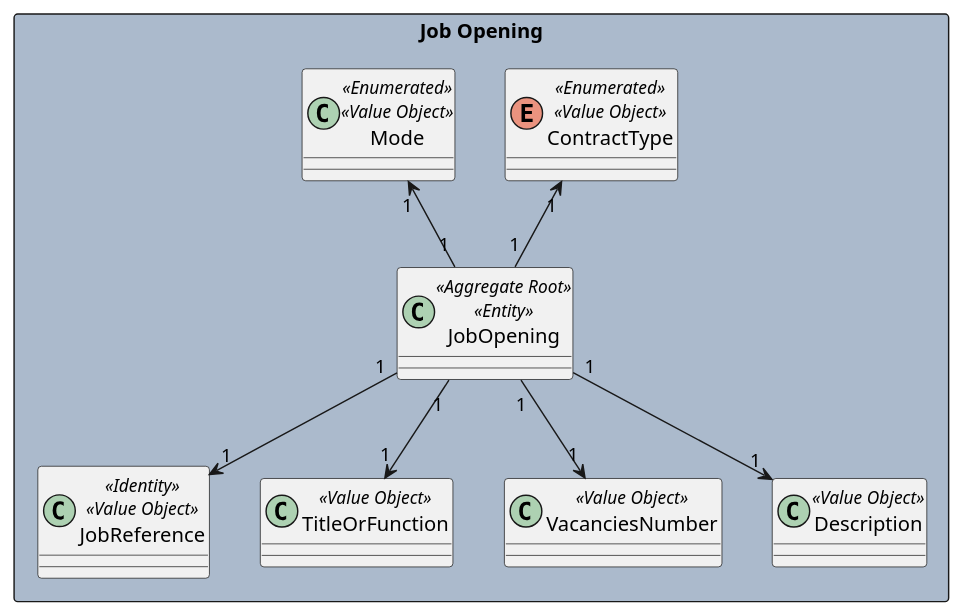
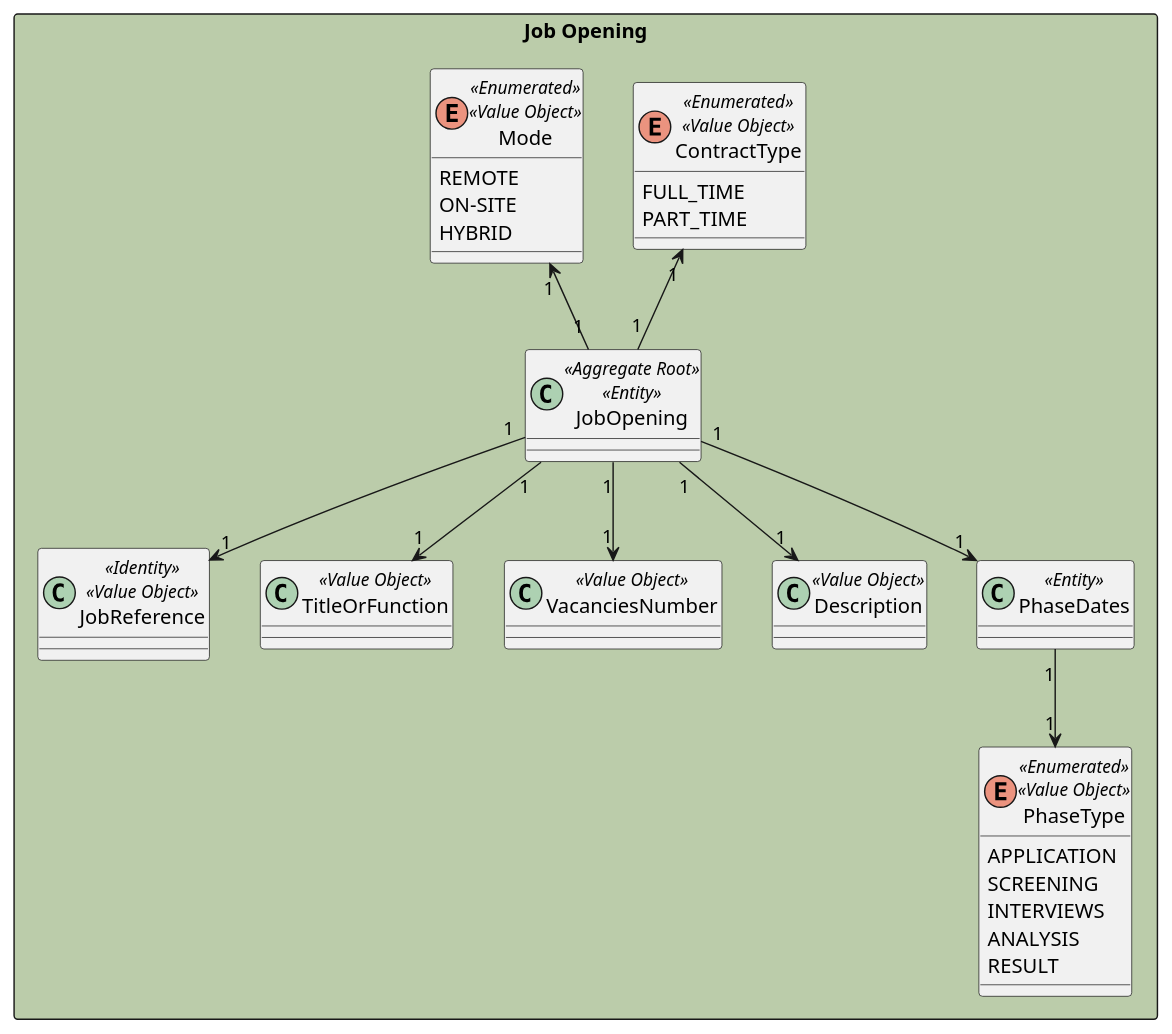
Before and after one commit to marcoferreira37/Lapr4: the diagram in docs/sprintB/1002/1002-domain-model.puml, drawn with PlantUML. The commit also changed 7 other files, not shown here.

```diff
--- a/docs/sprintB/1002/1002-domain-model.puml
+++ b/docs/sprintB/1002/1002-domain-model.puml
@@ -1,36 +1,53 @@
 @startuml
 ''skinparam monochrome true
 skinparam packageStyle rectangle
 skinparam shadowing false
 
 
-rectangle "Job Opening" #abbacc {
+
+rectangle "Job Opening" #bbccaa {
 
     class JobOpening<<Aggregate Root>><<Entity>>{}
 
     class JobReference<<Identity>><<Value Object>>{}
 
     class TitleOrFunction<<Value Object>>{}
 
-    enum ContractType<<Enumerated>><<Value Object>>{}
+    enum ContractType<<Enumerated>><<Value Object>>{
+        FULL_TIME
+        PART_TIME
+    }
 
-    class Mode<<Enumerated>><<Value Object>>{}
+    enum Mode<<Enumerated>><<Value Object>>{
+        REMOTE
+        ON-SITE
+        HYBRID
+        }
 
 
     class VacanciesNumber<<Value Object>>{}
 
     class Description<<Value Object>>{}
 
-    ''Maybe go to Interview Model
+    class PhaseDates<<Entity>>{}
+    enum PhaseType<<Enumerated>><<Value Object>>{
+                APPLICATION
+                SCREENING
+                INTERVIEWS
+                ANALYSIS
+                RESULT
+            }
+     JobOpening "1" --> "1" PhaseDates
 
+     PhaseDates "1" --> "1" PhaseType
 }
 
 
 JobReference "1" <-up- "1" JobOpening
 TitleOrFunction "1" <-up- "1" JobOpening
 ContractType "1" <-- "1" JobOpening
 Mode "1" <-- "1" JobOpening
 Description "1" <-up- "1" JobOpening
 VacanciesNumber "1" <-up- "1" JobOpening
 
 @enduml
```
